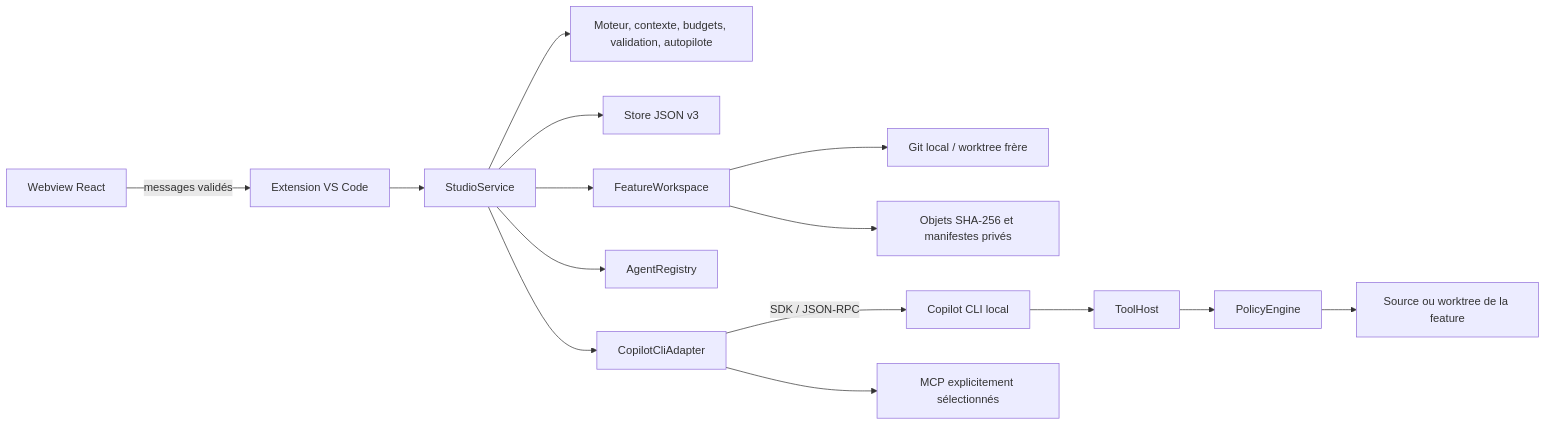
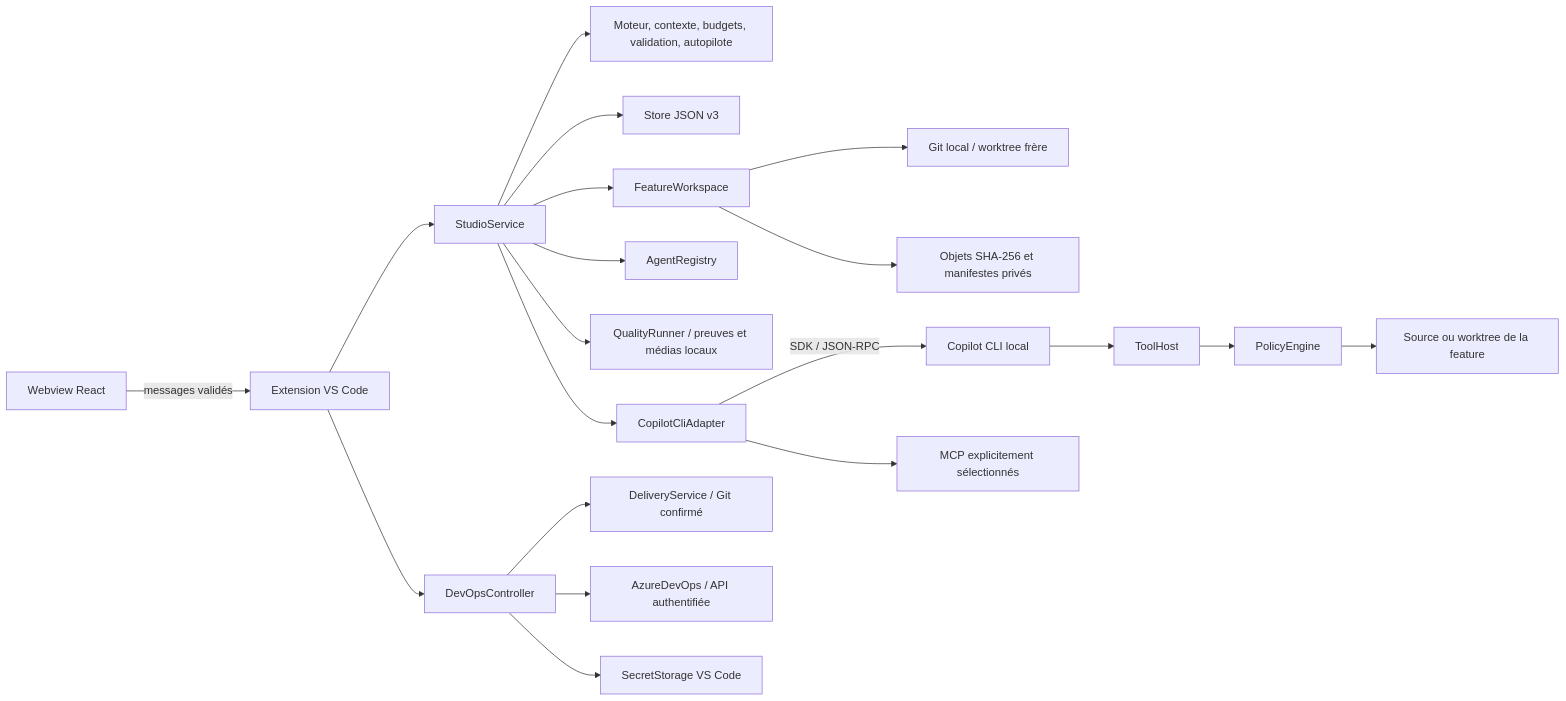
One commit to MattDevBzh/KerAI changed the diagram in docs/ARCHITECTURE.md. Above: the diagram before and after it, drawn with Mermaid. The commit also changed other lines of this file and 89 other files, not shown here.

Commit message:
feat: add quality agents, DevOps delivery and usage dashboard

````diff
--- a/docs/ARCHITECTURE.md
+++ b/docs/ARCHITECTURE.md
@@ -5,17 +5,22 @@
 ```mermaid
 flowchart LR
     UI[Webview React] -->|messages validés| VS[Extension VS Code]
     VS --> Service[StudioService]
     Service --> Core[Moteur, contexte, budgets, validation, autopilote]
     Service --> Store[Store JSON v3]
     Service --> GitSpace[FeatureWorkspace]
     GitSpace --> Git[Git local / worktree frère]
     GitSpace --> Points[Objets SHA-256 et manifestes privés]
     Service --> Registry[AgentRegistry]
+    Service --> Quality[QualityRunner / preuves et médias locaux]
+    VS --> DevOps[DevOpsController]
+    DevOps --> Delivery[DeliveryService / Git confirmé]
+    DevOps --> Boards[AzureDevOps / API authentifiée]
+    DevOps --> Secrets[SecretStorage VS Code]
     Service --> Adapter[CopilotCliAdapter]
     Adapter -->|SDK / JSON-RPC| CLI[Copilot CLI local]
     CLI --> Tools[ToolHost]
     Tools --> Policy[PolicyEngine]
     Policy --> Files[Source ou worktree de la feature]
     Adapter --> MCP[MCP explicitement sélectionnés]
 ```
````
